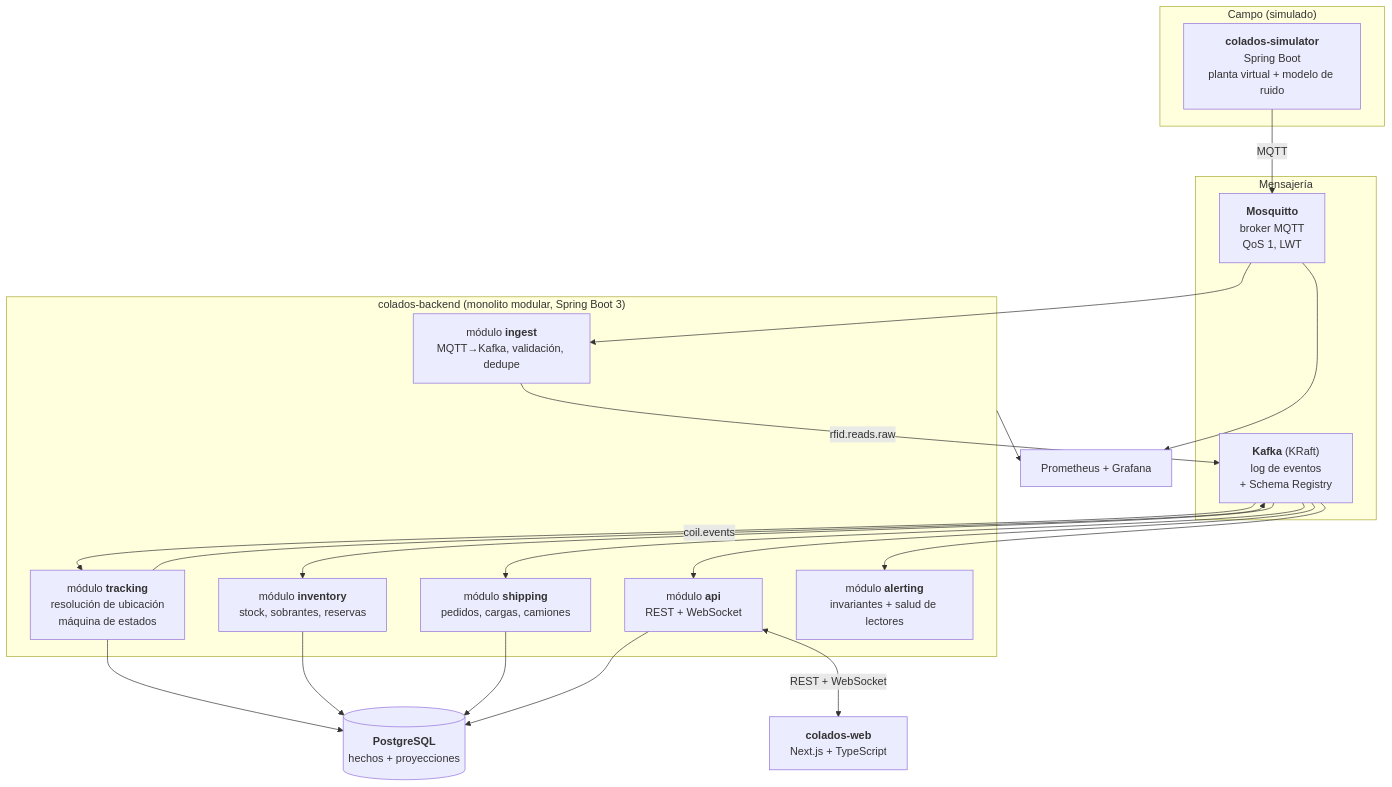
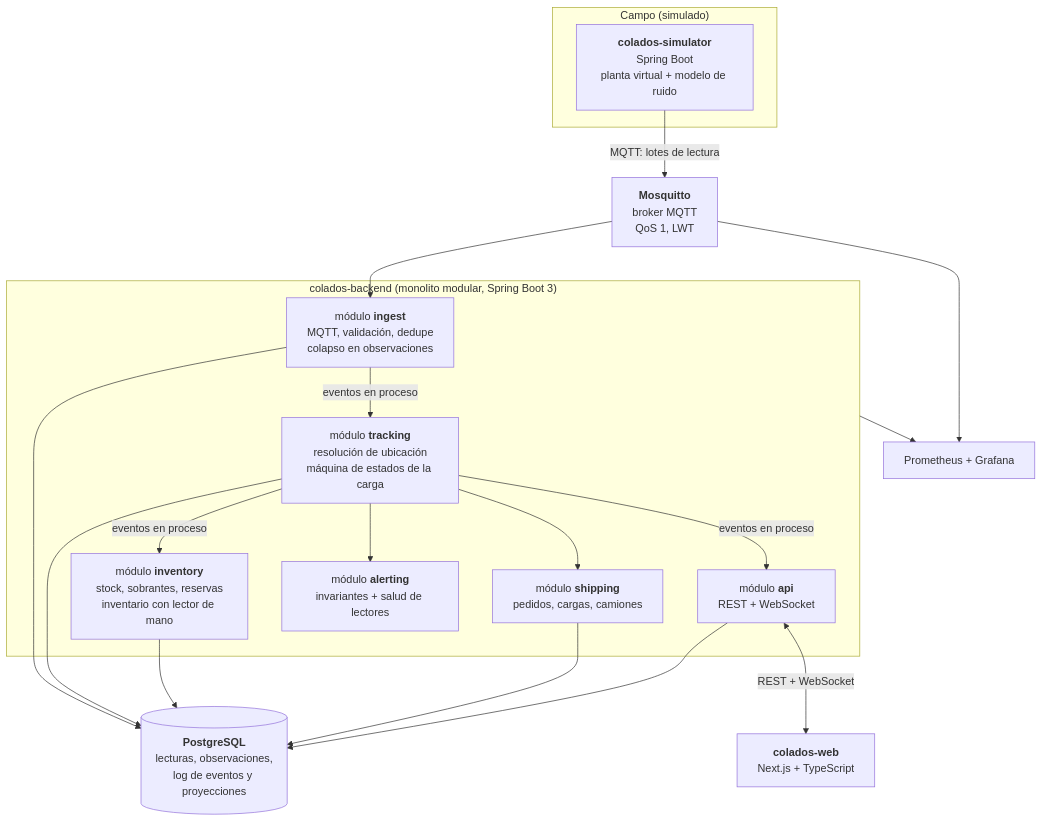
One commit to iburquijo/colados changed the second of 2 diagrams in docs/02-arquitectura.md. Above: the diagram before and after it, drawn with Mermaid. The commit also changed other lines of this file and 15 other files, not shown here.

````diff
--- a/docs/02-arquitectura.md
+++ b/docs/02-arquitectura.md
@@ -38,41 +38,37 @@
 ```mermaid
 flowchart TB
     subgraph EDGE["Campo (simulado)"]
         SIM["<b>colados-simulator</b><br/>Spring Boot<br/>planta virtual + modelo de ruido"]
     end
 
-    subgraph MSG["Mensajería"]
-        MQ["<b>Mosquitto</b><br/>broker MQTT<br/>QoS 1, LWT"]
-        KFK["<b>Kafka</b> (KRaft)<br/>log de eventos<br/>+ Schema Registry"]
-    end
+    MQ["<b>Mosquitto</b><br/>broker MQTT<br/>QoS 1, LWT"]
 
     subgraph BE["colados-backend (monolito modular, Spring Boot 3)"]
-        M1["módulo <b>ingest</b><br/>MQTT→Kafka, validación, dedupe"]
-        M2["módulo <b>tracking</b><br/>resolución de ubicación<br/>máquina de estados"]
-        M3["módulo <b>inventory</b><br/>stock, sobrantes, reservas"]
+        M1["módulo <b>ingest</b><br/>MQTT, validación, dedupe<br/>colapso en observaciones"]
+        M2["módulo <b>tracking</b><br/>resolución de ubicación<br/>máquina de estados de la carga"]
+        M3["módulo <b>inventory</b><br/>stock, sobrantes, reservas<br/>inventario con lector de mano"]
         M4["módulo <b>shipping</b><br/>pedidos, cargas, camiones"]
         M5["módulo <b>api</b><br/>REST + WebSocket"]
         M6["módulo <b>alerting</b><br/>invariantes + salud de lectores"]
     end
 
-    PG[("<b>PostgreSQL</b><br/>hechos + proyecciones")]
+    PG[("<b>PostgreSQL</b><br/>lecturas, observaciones,<br/>log de eventos y proyecciones")]
     WEB["<b>colados-web</b><br/>Next.js + TypeScript"]
     OBS["Prometheus + Grafana"]
 
-    SIM -->|MQTT| MQ
+    SIM -->|"MQTT: lotes de lectura"| MQ
     MQ --> M1
-    M1 -->|"rfid.reads.raw"| KFK
-    KFK --> M2
-    M2 -->|"coil.events"| KFK
-    KFK --> M3
-    KFK --> M4
-    KFK --> M6
+    M1 -->|"eventos en proceso"| M2
+    M2 -->|"eventos en proceso"| M3
+    M2 --> M4
+    M2 --> M6
+    M1 --> PG
     M2 --> PG
     M3 --> PG
     M4 --> PG
     M5 --> PG
-    KFK --> M5
+    M2 -->|"eventos en proceso"| M5
     M5 <-->|"REST + WebSocket"| WEB
     BE --> OBS
     MQ --> OBS
 ```
````
